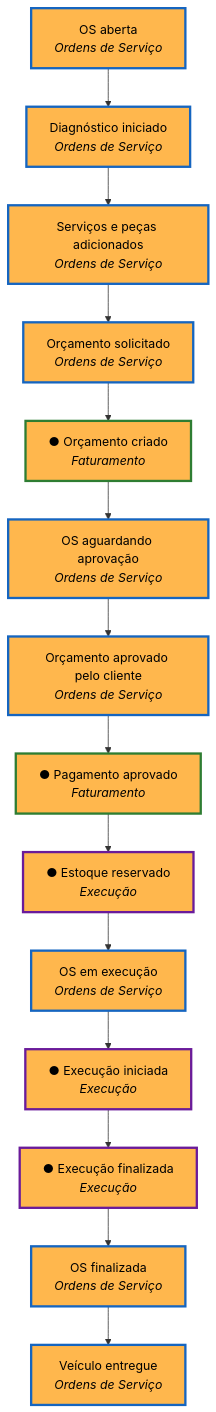
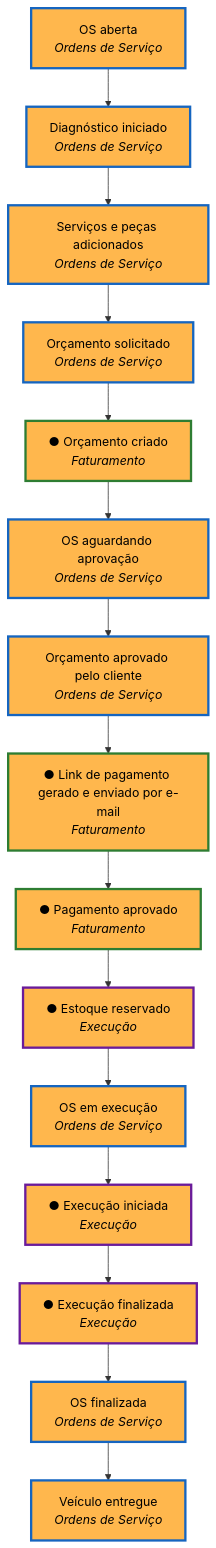
Before and after one commit to HDAdeveloper/oficina-billing-service: the first of 8 diagrams in docs/event-storming.md, drawn with Mermaid. The commit also changed other lines of this file and 21 other files, not shown here.

````diff
--- a/docs/event-storming.md
+++ b/docs/event-storming.md
@@ -28,19 +28,20 @@
 ```mermaid
 flowchart TB
     e1["OS aberta<br/><i>Ordens de Serviço</i>"]:::os --> e2["Diagnóstico iniciado<br/><i>Ordens de Serviço</i>"]:::os
     e2 --> e3["Serviços e peças adicionados<br/><i>Ordens de Serviço</i>"]:::os
     e3 --> e4["Orçamento solicitado<br/><i>Ordens de Serviço</i>"]:::os
     e4 --> e5["● Orçamento criado<br/><i>Faturamento</i>"]:::bi
     e5 --> e6["OS aguardando aprovação<br/><i>Ordens de Serviço</i>"]:::os
     e6 --> e7["Orçamento aprovado pelo cliente<br/><i>Ordens de Serviço</i>"]:::os
-    e7 --> e8["● Pagamento aprovado<br/><i>Faturamento</i>"]:::bi
+    e7 --> e7b["● Link de pagamento gerado e enviado por e-mail<br/><i>Faturamento</i>"]:::bi
+    e7b --> e8["● Pagamento aprovado<br/><i>Faturamento</i>"]:::bi
     e8 --> e9["● Estoque reservado<br/><i>Execução</i>"]:::ex
     e9 --> e10["OS em execução<br/><i>Ordens de Serviço</i>"]:::os
     e10 --> e11["● Execução iniciada<br/><i>Execução</i>"]:::ex
     e11 --> e12["● Execução finalizada<br/><i>Execução</i>"]:::ex
     e12 --> e13["OS finalizada<br/><i>Ordens de Serviço</i>"]:::os
     e13 --> e14["Veículo entregue<br/><i>Ordens de Serviço</i>"]:::os
     classDef os fill:#ffb74d,stroke:#1565c0,stroke-width:3px,color:#000
     classDef bi fill:#ffb74d,stroke:#2e7d32,stroke-width:3px,color:#000
     classDef ex fill:#ffb74d,stroke:#6a1b9a,stroke-width:3px,color:#000
 ```
````
